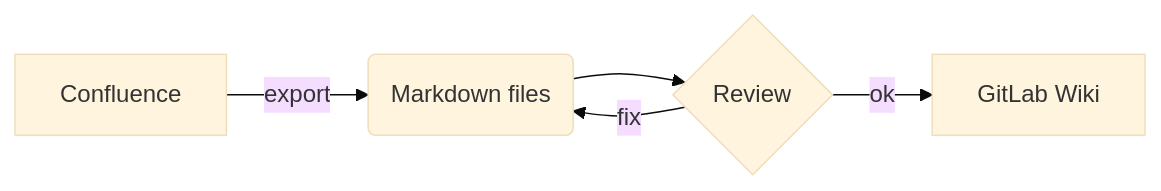
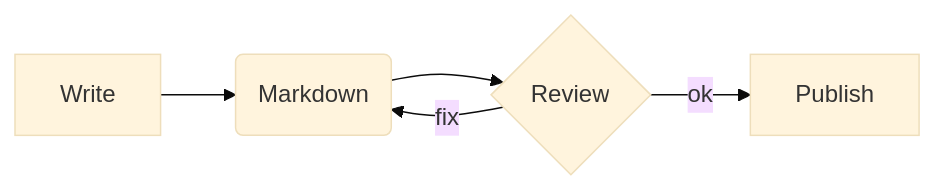
Before and after one commit to antonn/mdeditorpreview: the diagram in src/sample.md, drawn with Mermaid (base theme). The commit also changed other lines of this file and 3 other files, not shown here.

````diff
--- a/src/sample.md
+++ b/src/sample.md
@@ -45,7 +45,7 @@
 ```mermaid
 flowchart LR
-  A[Confluence] -->|export| B(Markdown files)
+  A[Write] --> B(Markdown)
   B --> C{Review}
-  C -->|ok| D[GitLab Wiki]
+  C -->|ok| D[Publish]
   C -->|fix| B
 ```
````
